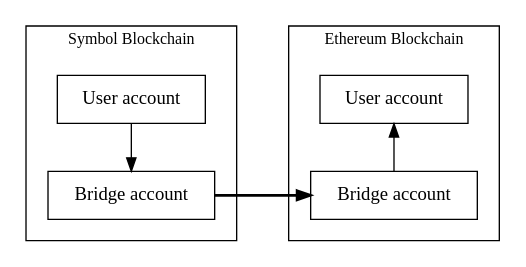
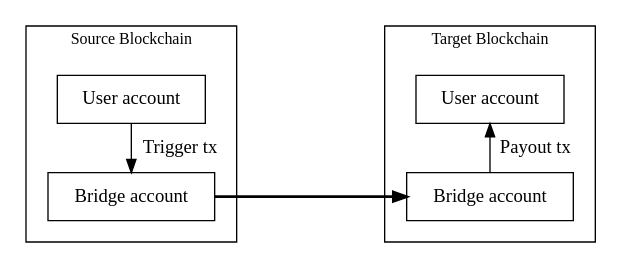
Before and after one commit to symbol/symbol: the second of 3 diagrams in mkdocs/pages/en/textbook/bridge.md, drawn with Graphviz. The commit also changed other lines of this file and 1 other file, not shown here.

````diff
--- a/mkdocs/pages/en/textbook/bridge.md
+++ b/mkdocs/pages/en/textbook/bridge.md
@@ -85,43 +83,43 @@
 ```dot
 digraph BridgeTokens {
     rankdir="TB";
     newrank=true;
     node [shape=rect];
     fontsize=12;
 
-    subgraph clusterSymbol {
-        label="Symbol Blockchain";
-        tooltip="Symbol Blockchain";
+    subgraph clusterSrc {
+        label="Source Blockchain";
+        tooltip="Source Blockchain";
 
-        subgraph clusterSymbolInner {
+        subgraph clusterSrcInner {
             label="";
-            tooltip="Symbol Blockchain";
+            tooltip="Source Blockchain";
             style=invis;
-            xym_bridge [label="Bridge account" tooltip="Bridge account on Symbol"];
-            xym_user [label="User account" tooltip="User account on Symbol"];
+            src_bridge [label="Bridge account" tooltip="Bridge account on the source blockchain"];
+            src_user [label="User account" tooltip="User account on the source blockchain"];
 
-            xym_user->xym_bridge;
+            src_user->src_bridge [label="Trigger tx" labeltooltip="Trigger transaction" labelfloat=true];
         }
     }
 
-    subgraph clusterEthereum {
-        label="Ethereum Blockchain";
-        tooltip="Ethereum Blockchain";
+    subgraph clusterTgt {
+        label="Target Blockchain";
+        tooltip="Target Blockchain";
 
-        subgraph clusterEthereumInner {
+        subgraph clusterTgtInner {
             label="";
-            tooltip="Ethereum Blockchain";
+            tooltip="Target Blockchain";
             style=invis;
-            eth_bridge [label="Bridge account" tooltip="Bridge account on Ethereum"];
-            eth_user [label="User account" tooltip="User account on Ethereum"];
+            tgt_bridge [label="Bridge account" tooltip="Bridge account on the target blockchain"];
+            tgt_user [label="User account" tooltip="User account on the target blockchain"];
 
-            eth_bridge->eth_user;
+            tgt_bridge->tgt_user [label="Payout tx" labeltooltip="Payout transaction" labelfloat=true];
         }
     }
 
-    { rank=same; xym_user; eth_user; }
-    { rank=same; xym_bridge; eth_bridge; }
+    { rank=same; src_user; tgt_user; }
+    { rank=same; src_bridge; tgt_bridge; }
 
-    xym_bridge -> eth_bridge [penwidth=2 minlen=4];
+    src_bridge -> tgt_bridge [penwidth=2 minlen=4];
 }
 ```
````
